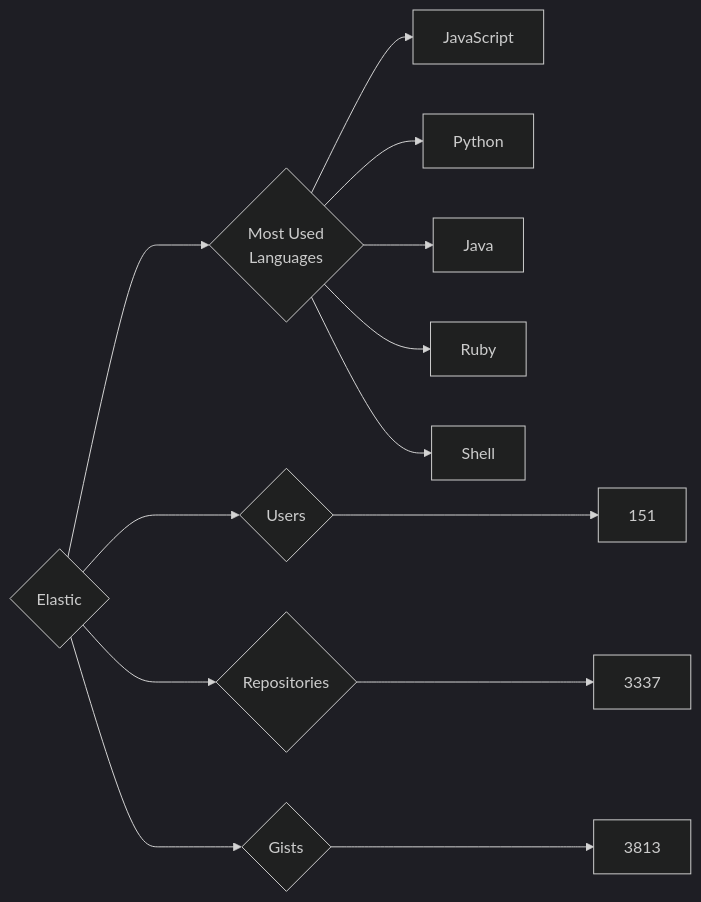
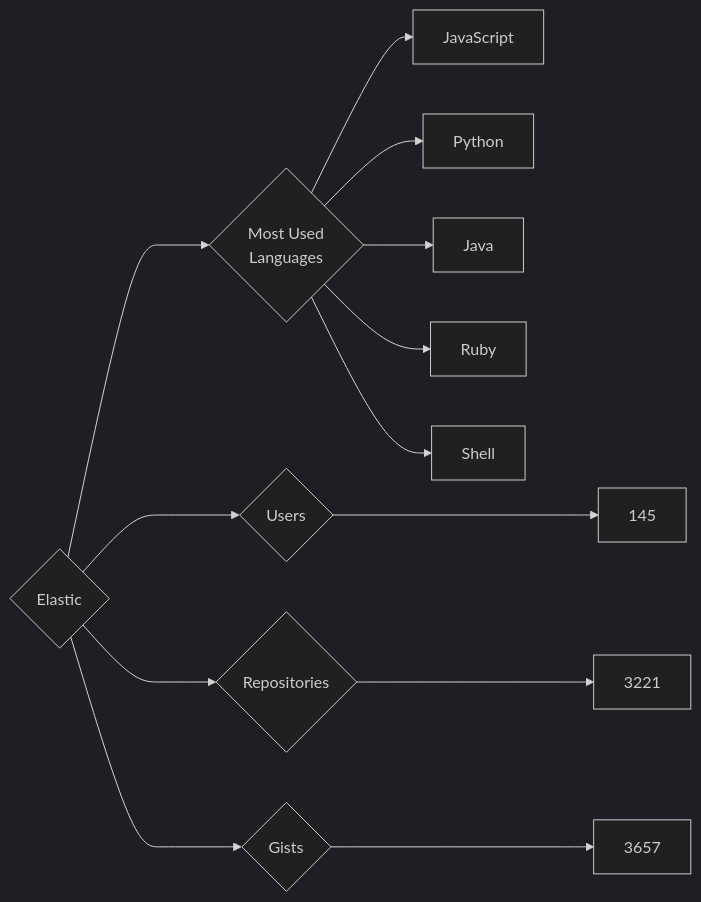
Before and after one commit to trickest/insiders: the diagram in targets/Elastic/README.md, drawn with Mermaid (dark theme). The commit also changed 636 other files, not shown here.

````diff
--- a/targets/Elastic/README.md
+++ b/targets/Elastic/README.md
@@ -3,13 +3,13 @@
 ```mermaid
 graph LR
 COMPANY_NAME{Elastic}
-COMPANY_NAME ---> U{Users} ---> UN[151]
-COMPANY_NAME ---> R{Repositories} ---> RN[3337]
-COMPANY_NAME ---> G{Gists} ---> GN[3813]
+COMPANY_NAME ---> U{Users} ---> UN[145]
+COMPANY_NAME ---> R{Repositories} ---> RN[3221]
+COMPANY_NAME ---> G{Gists} ---> GN[3657]
 COMPANY_NAME ---> ML{Most Used<br>Languages}
 ML --> JavaScript[JavaScript]
 ML --> Python[Python]
 ML --> Java[Java]
 ML --> Ruby[Ruby]
 ML --> Shell[Shell]
 ```
````
